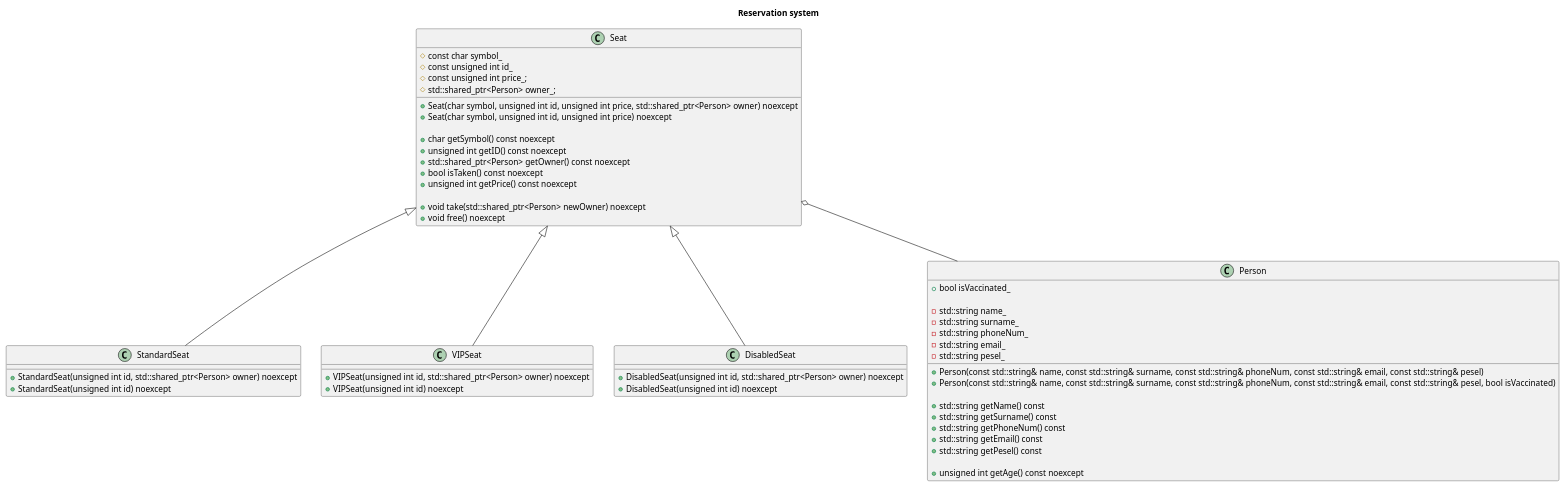
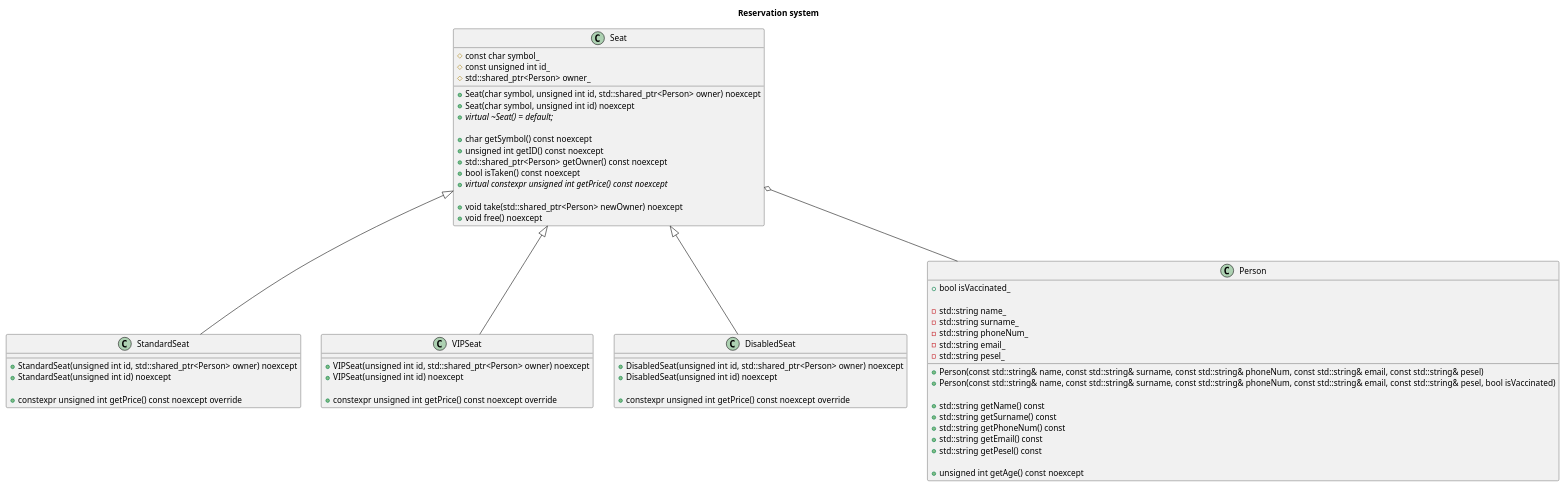
The diagram in reservation-system.plantuml (anraf1001/reservation-system), drawn with PlantUML before and after one commit. The commit also changed 1 other file, not shown here.

Commit message:
Update UML

```diff
--- a/reservation-system.plantuml
+++ b/reservation-system.plantuml
@@ -1,68 +1,74 @@
 @startuml Reservation system
 
 title
 Reservation system
 end title
 
 class Seat {
-    +Seat(char symbol, unsigned int id, unsigned int price, std::shared_ptr<Person> owner) noexcept
-    +Seat(char symbol, unsigned int id, unsigned int price) noexcept
+    +Seat(char symbol, unsigned int id, std::shared_ptr<Person> owner) noexcept
+    +Seat(char symbol, unsigned int id) noexcept
+    +{abstract}virtual ~Seat() = default;
 
     +char getSymbol() const noexcept
     +unsigned int getID() const noexcept
     +std::shared_ptr<Person> getOwner() const noexcept
     +bool isTaken() const noexcept
-    +unsigned int getPrice() const noexcept
+    +{abstract}virtual constexpr unsigned int getPrice() const noexcept
 
     +void take(std::shared_ptr<Person> newOwner) noexcept
     +void free() noexcept
 
     #const char symbol_
     #const unsigned int id_
-    #const unsigned int price_;
-    #std::shared_ptr<Person> owner_;
+    #std::shared_ptr<Person> owner_
 }
 
 class StandardSeat {
     +StandardSeat(unsigned int id, std::shared_ptr<Person> owner) noexcept
     +StandardSeat(unsigned int id) noexcept
+
+    +constexpr unsigned int getPrice() const noexcept override
 }
 
 class VIPSeat {
     +VIPSeat(unsigned int id, std::shared_ptr<Person> owner) noexcept
     +VIPSeat(unsigned int id) noexcept
+
+    +constexpr unsigned int getPrice() const noexcept override
 }
 
 class DisabledSeat {
     +DisabledSeat(unsigned int id, std::shared_ptr<Person> owner) noexcept
     +DisabledSeat(unsigned int id) noexcept
+
+    +constexpr unsigned int getPrice() const noexcept override
 }
 
 class Person {
     +Person(const std::string& name, const std::string& surname, const std::string& phoneNum, const std::string& email, const std::string& pesel)
     +Person(const std::string& name, const std::string& surname, const std::string& phoneNum, const std::string& email, const std::string& pesel, bool isVaccinated)
 
     +std::string getName() const
     +std::string getSurname() const
     +std::string getPhoneNum() const
     +std::string getEmail() const
     +std::string getPesel() const
 
     +unsigned int getAge() const noexcept
 
     +bool isVaccinated_
 
     -std::string name_
     -std::string surname_
     -std::string phoneNum_
     -std::string email_
     -std::string pesel_
 }
 
 Seat <|-- StandardSeat
 Seat <|-- VIPSeat
 Seat <|-- DisabledSeat
 
 Seat o-- Person
 
 @enduml
```
